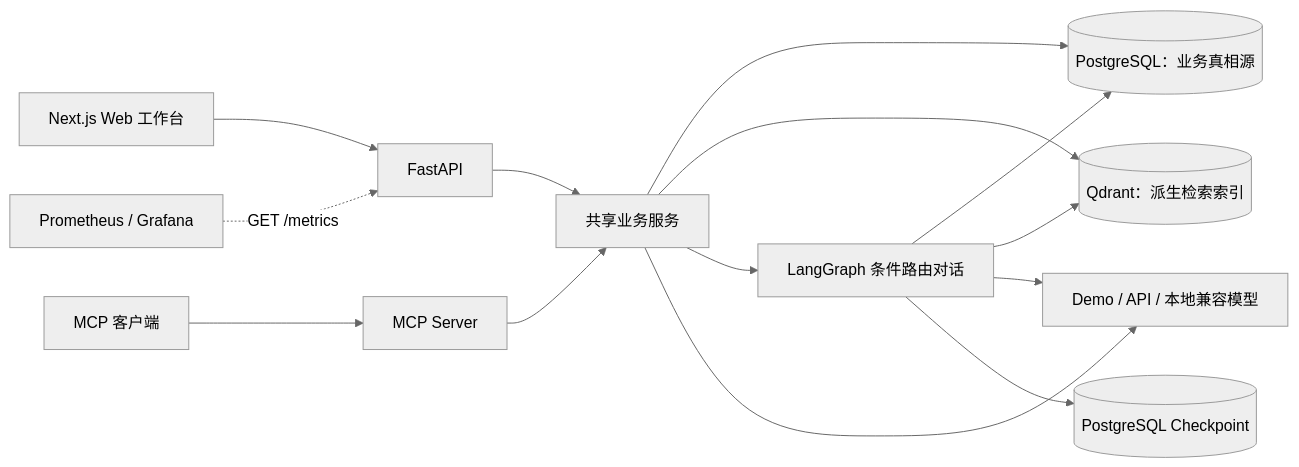
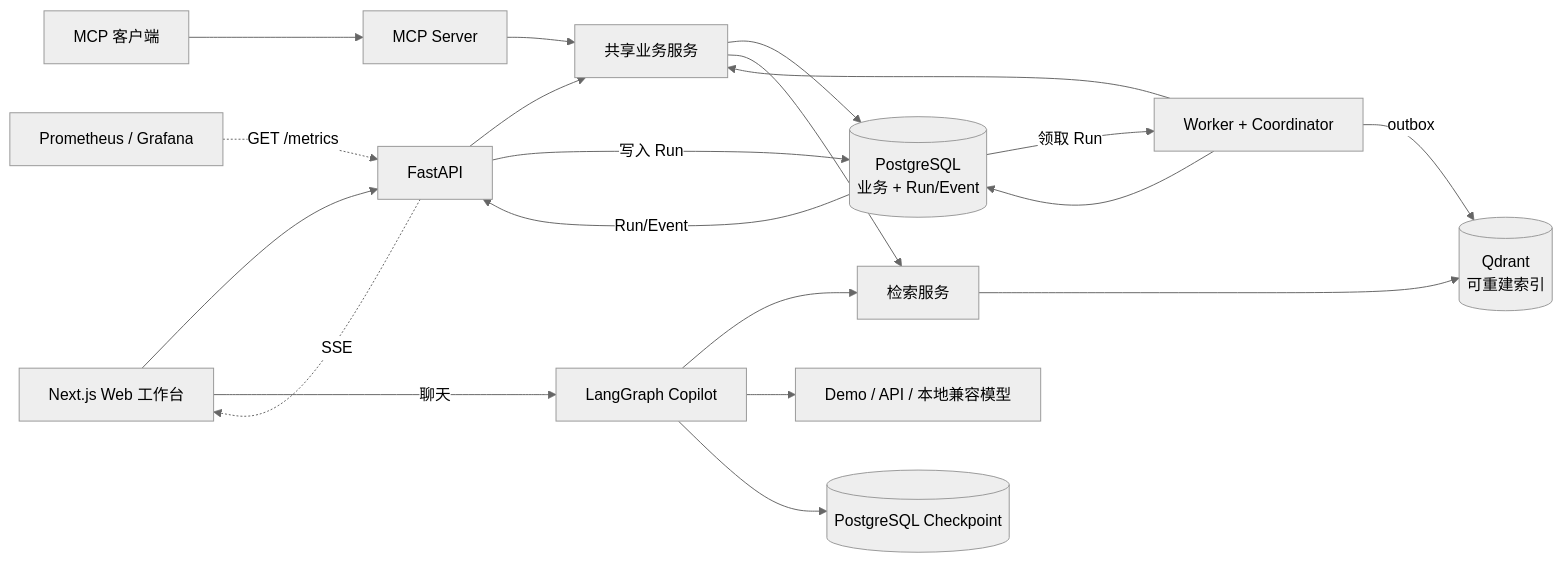
One commit to wenmo-yu/careerlens changed the first of 3 diagrams in docs/architecture.md. Above: the diagram before and after it, drawn with Mermaid (neutral theme). The commit also changed other lines of this file and 15 other files, not shown here.

````diff
--- a/docs/architecture.md
+++ b/docs/architecture.md
@@ -7,16 +7,22 @@
 ```mermaid
 flowchart LR
-    Browser[Next.js Web 工作台] --> API[FastAPI]
-    MCPClient[MCP 客户端] --> MCP[MCP Server]
-    API --> Services[共享业务服务]
-    MCP --> Services
-    Services --> PG[(PostgreSQL：业务真相源)]
-    Services --> Q[(Qdrant：派生检索索引)]
-    Services --> Graph[LangGraph 条件路由对话]
-    Services --> Provider[Demo / API / 本地兼容模型]
-    Graph --> PG
-    Graph --> Q
-    Graph --> Provider
-    Graph --> CP[(PostgreSQL Checkpoint)]
-    Scraper[Prometheus / Grafana] -.->|GET /metrics| API
+  Browser[Next.js Web 工作台] --> API[FastAPI]
+  MCPClient[MCP 客户端] --> MCP[MCP Server]
+  API --> Services[共享业务服务]
+  MCP --> Services
+  Services --> PG[(PostgreSQL<br/>业务 + Run/Event)]
+  Services --> R[检索服务]
+  R --> Q[(Qdrant<br/>可重建索引)]
+  API -->|写入 Run| PG
+  PG -->|领取 Run| WK[Worker + Coordinator]
+  WK --> Services
+  WK --> PG
+  WK -->|outbox| Q
+  PG -->|Run/Event| API
+  API -.->|SSE| Browser
+  Browser -->|聊天| Graph[LangGraph Copilot]
+  Graph --> R
+  Graph --> Provider[Demo / API / 本地兼容模型]
+  Graph --> CP[(PostgreSQL Checkpoint)]
+  Scraper[Prometheus / Grafana] -.->|GET /metrics| API
 ```
````
